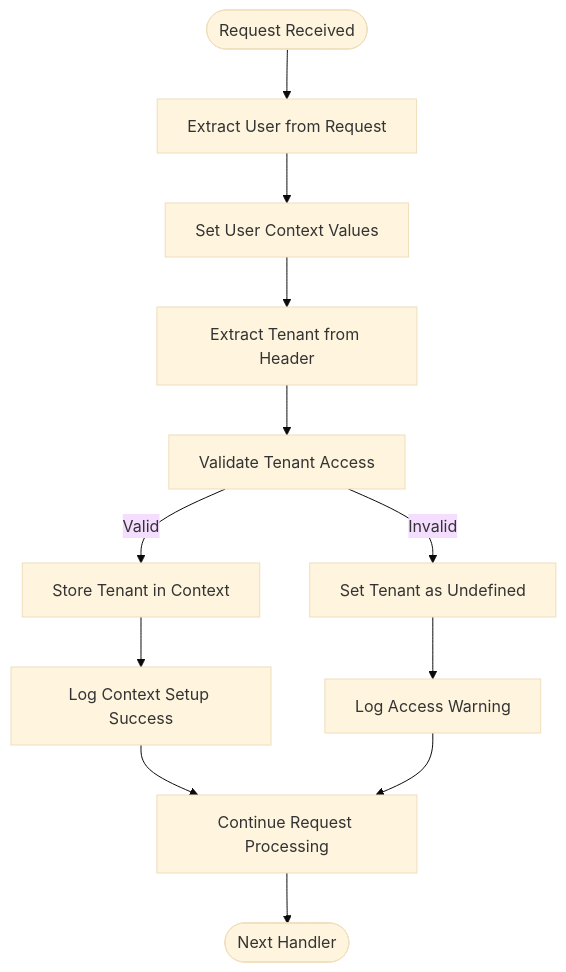
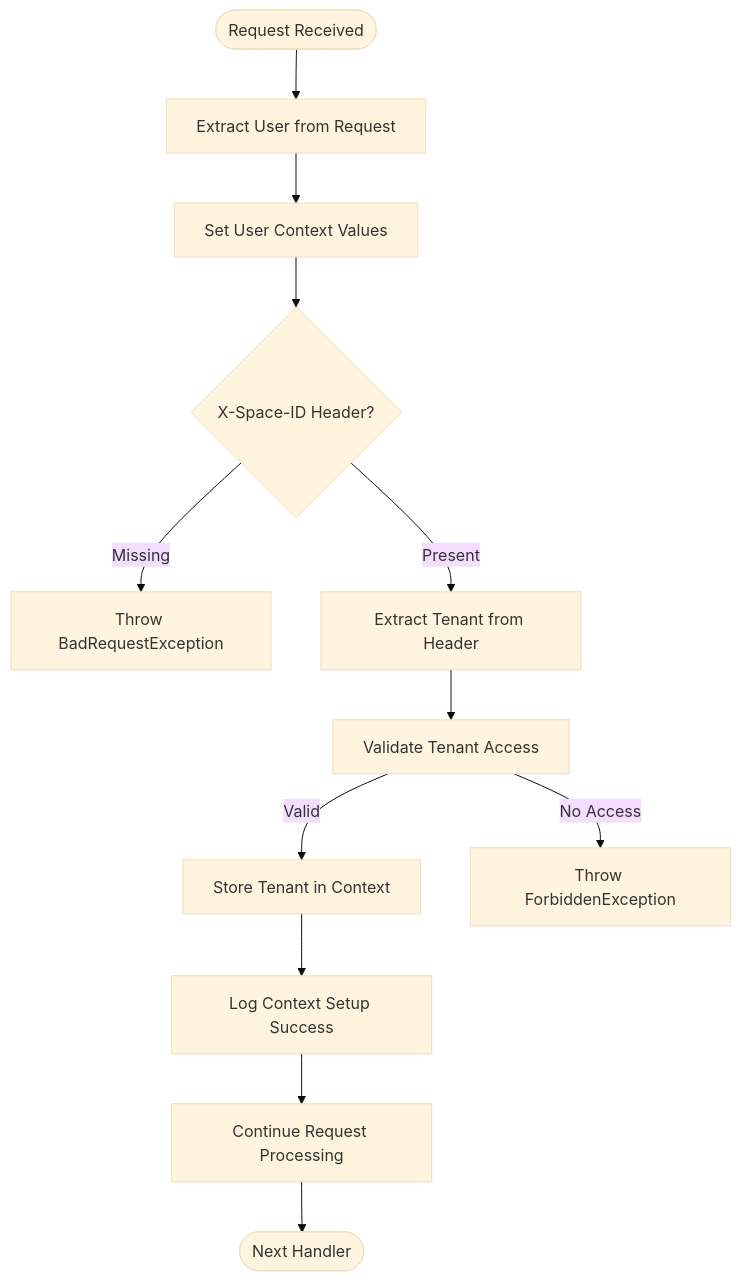
The third of 6 diagrams in .qoder/repowiki/en/content/Backend Architecture/Context Management with nestjs-cls.md (kimjoongwon/prj-core), drawn with Mermaid (base theme) before and after one commit. The commit also changed other lines of this file and 17 other files, not shown here.

````diff
--- a/.qoder/repowiki/en/content/Backend Architecture/Context Management with nestjs-cls.md
+++ b/.qoder/repowiki/en/content/Backend Architecture/Context Management with nestjs-cls.md
@@ -106,14 +108,14 @@
 ```mermaid
 flowchart TD
 Start([Request Received]) --> ExtractUser["Extract User from Request"]
 ExtractUser --> SetUserContext["Set User Context Values"]
-SetUserContext --> ExtractTenant["Extract Tenant from Header"]
+SetUserContext --> CheckHeader{"X-Space-ID Header?"}
+CheckHeader --> |Missing| ThrowBadRequest["Throw BadRequestException"]
+CheckHeader --> |Present| ExtractTenant["Extract Tenant from Header"]
 ExtractTenant --> ValidateTenant["Validate Tenant Access"]
 ValidateTenant --> |Valid| StoreTenant["Store Tenant in Context"]
-ValidateTenant --> |Invalid| SetUndefined["Set Tenant as Undefined"]
+ValidateTenant --> |No Access| ThrowForbidden["Throw ForbiddenException"]
 StoreTenant --> LogSuccess["Log Context Setup Success"]
-SetUndefined --> LogWarning["Log Access Warning"]
 LogSuccess --> Continue["Continue Request Processing"]
-LogWarning --> Continue
 Continue --> End([Next Handler])
 ```
````
